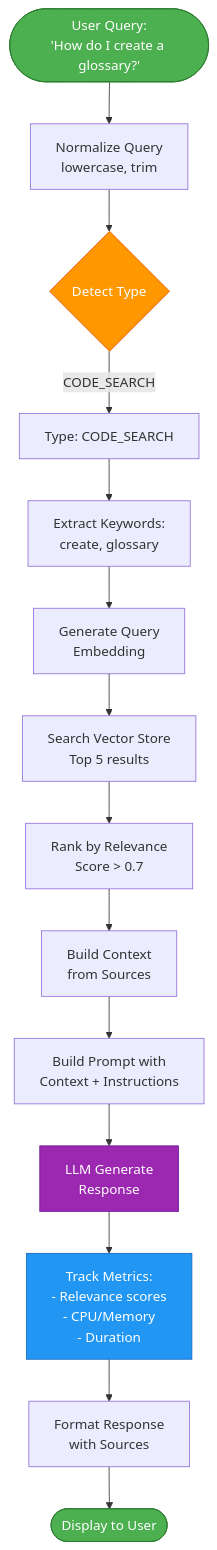
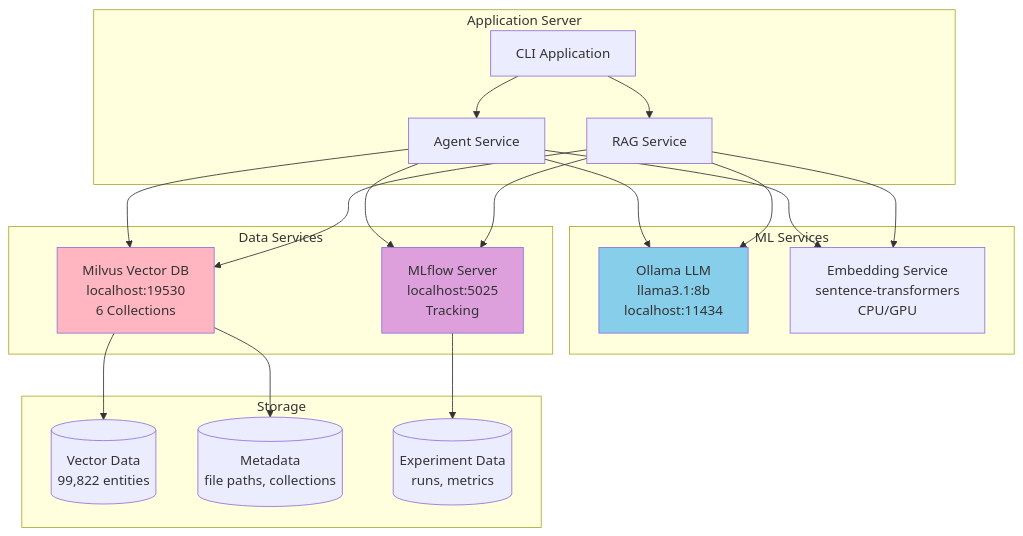
One commit to dwolfson/egeria-advisor changed diagram 17 of 19 in SYSTEM_ARCHITECTURE.md. Above: the diagram before and after it, drawn with Mermaid. The commit also changed other lines of this file and 43 other files, not shown here.

````diff
--- a/SYSTEM_ARCHITECTURE.md
+++ b/SYSTEM_ARCHITECTURE.md
@@ -362,44 +728,45 @@
 ```mermaid
-flowchart TD
-    Start([User Query:<br/>'How do I create a glossary?'])
+graph TB
+    subgraph "Application Server"
+        CLI[CLI Application]
+        Agent[Agent Service]
+        RAG[RAG Service]
+    end
     
-    Normalize[Normalize Query<br/>lowercase, trim]
-    DetectType{Detect Type}
+    subgraph "ML Services"
+        Ollama[Ollama LLM<br/>llama3.1:8b<br/>localhost:11434]
+        Embeddings[Embedding Service<br/>sentence-transformers<br/>CPU/GPU]
+    end
     
-    CodeSearch[Type: CODE_SEARCH]
-    ExtractKeywords[Extract Keywords:<br/>create, glossary]
+    subgraph "Data Services"
+        Milvus[Milvus Vector DB<br/>localhost:19530<br/>6 Collections]
+        MLflowServer[MLflow Server<br/>localhost:5025<br/>Tracking]
+    end
     
-    GenerateEmbed[Generate Query<br/>Embedding]
-    VectorSearch[Search Vector Store<br/>Top 5 results]
-    RankResults[Rank by Relevance<br/>Score > 0.7]
+    subgraph "Storage"
+        VectorData[(Vector Data<br/>99,822 entities)]
+        Metadata[(Metadata<br/>file paths, collections)]
+        Experiments[(Experiment Data<br/>runs, metrics)]
+    end
     
-    BuildContext[Build Context<br/>from Sources]
-    BuildPrompt[Build Prompt with<br/>Context + Instructions]
+    CLI --> Agent
+    CLI --> RAG
     
-    LLMGenerate[LLM Generate<br/>Response]
+    Agent --> Ollama
+    Agent --> Embeddings
+    Agent --> Milvus
+    Agent --> MLflowServer
     
-    TrackMetrics[Track Metrics:<br/>- Relevance scores<br/>- CPU/Memory<br/>- Duration]
+    RAG --> Ollama
+    RAG --> Embeddings
+    RAG --> Milvus
+    RAG --> MLflowServer
     
-    FormatResponse[Format Response<br/>with Sources]
-    End([Display to User])
+    Milvus --> VectorData
+    Milvus --> Metadata
+    MLflowServer --> Experiments
     
-    Start --> Normalize
-    Normalize --> DetectType
-    DetectType -->|CODE_SEARCH| CodeSearch
-    CodeSearch --> ExtractKeywords
-    ExtractKeywords --> GenerateEmbed
-    GenerateEmbed --> VectorSearch
-    VectorSearch --> RankResults
-    RankResults --> BuildContext
-    BuildContext --> BuildPrompt
-    BuildPrompt --> LLMGenerate
-    LLMGenerate --> TrackMetrics
-    TrackMetrics --> FormatResponse
-    FormatResponse --> End
-    
-    style Start fill:#4CAF50,stroke:#2E7D32,color:#fff
-    style End fill:#4CAF50,stroke:#2E7D32,color:#fff
-    style DetectType fill:#FF9800,stroke:#E65100,color:#fff
-    style LLMGenerate fill:#9C27B0,stroke:#6A1B9A,color:#fff
-    style TrackMetrics fill:#2196F3,stroke:#1565C0,color:#fff
+    style Ollama fill:#87CEEB
+    style Milvus fill:#FFB6C1
+    style MLflowServer fill:#DDA0DD
 ```
````
